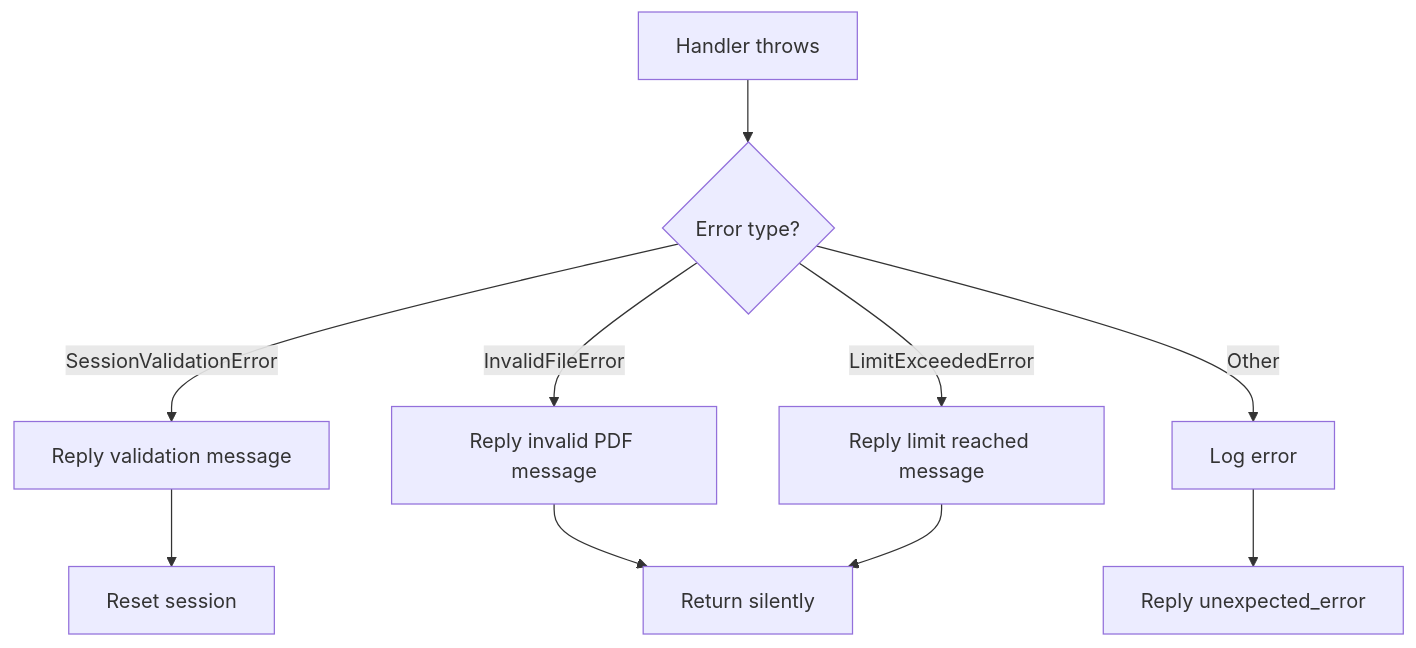
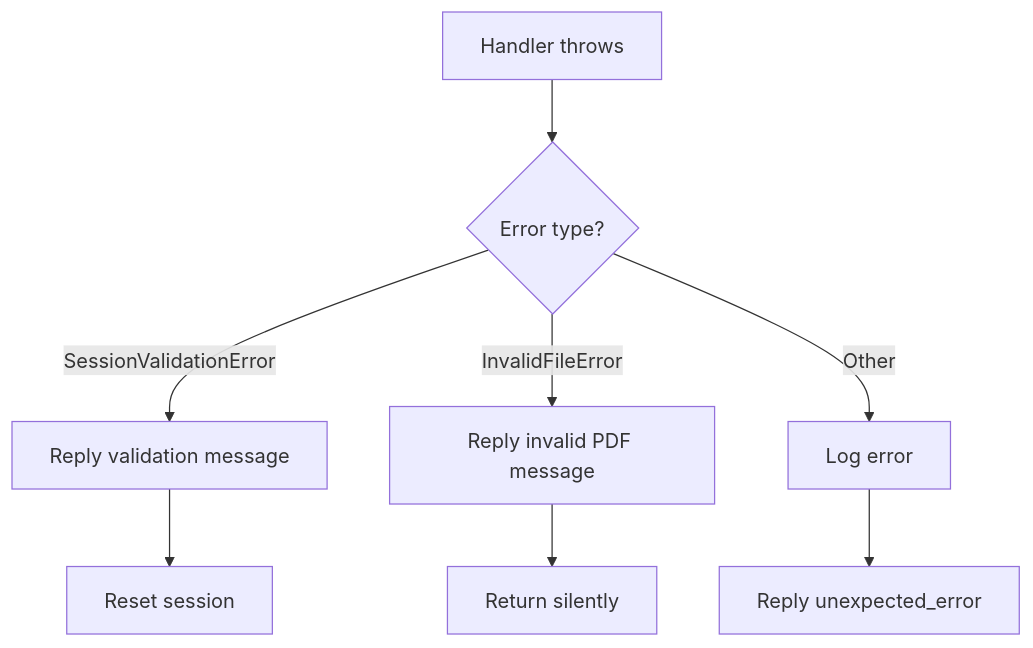
Before and after one commit to gabrielrufino/pdf-studio-bot: the first of 2 diagrams in docs/error-handling.md, drawn with Mermaid.

Commit message:
docs(error-handling): remove LimitExceededError edge from global error flow

````diff
--- a/docs/error-handling.md
+++ b/docs/error-handling.md
@@ -19,12 +19,10 @@
 ```mermaid
 flowchart TD
     A[Handler throws] --> B{Error type?}
     B -->|SessionValidationError| C[Reply validation message]
     B -->|InvalidFileError| D[Reply invalid PDF message]
-    B -->|LimitExceededError| E[Reply limit reached message]
     B -->|Other| F[Log error]
     F --> G[Reply unexpected_error]
     C --> H[Reset session]
     D --> I[Return silently]
-    E --> I
 ```
````
